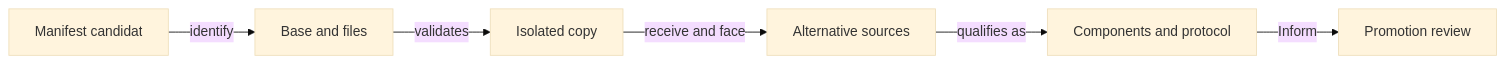
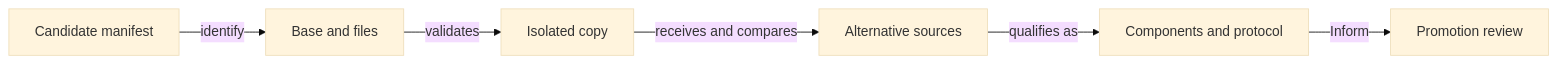
Before and after one commit to crististefanita/atf_j4: the diagram in whist-lab-app/ai-lab/experiments/bid-models/README.md, drawn with Mermaid (base theme). The commit also changed other lines of this file and 126 other files, not shown here.

````diff
--- a/whist-lab-app/ai-lab/experiments/bid-models/README.md
+++ b/whist-lab-app/ai-lab/experiments/bid-models/README.md
@@ -19,8 +19,8 @@
 ```mermaid
 flowchart LR
-    CATALOG[Manifest candidat] -->|identify| BASE[Base and files]
+    CATALOG[Candidate manifest] -->|identify| BASE[Base and files]
     BASE -->|validates| COPY[Isolated copy]
-    COPY -->|receive and face| SOURCE[Alternative sources]
+    COPY -->|receives and compares| SOURCE[Alternative sources]
     SOURCE -->|qualifies as| CHECK[Components and protocol]
     CHECK -->|Inform| REVIEW[Promotion review]
 ```
````
